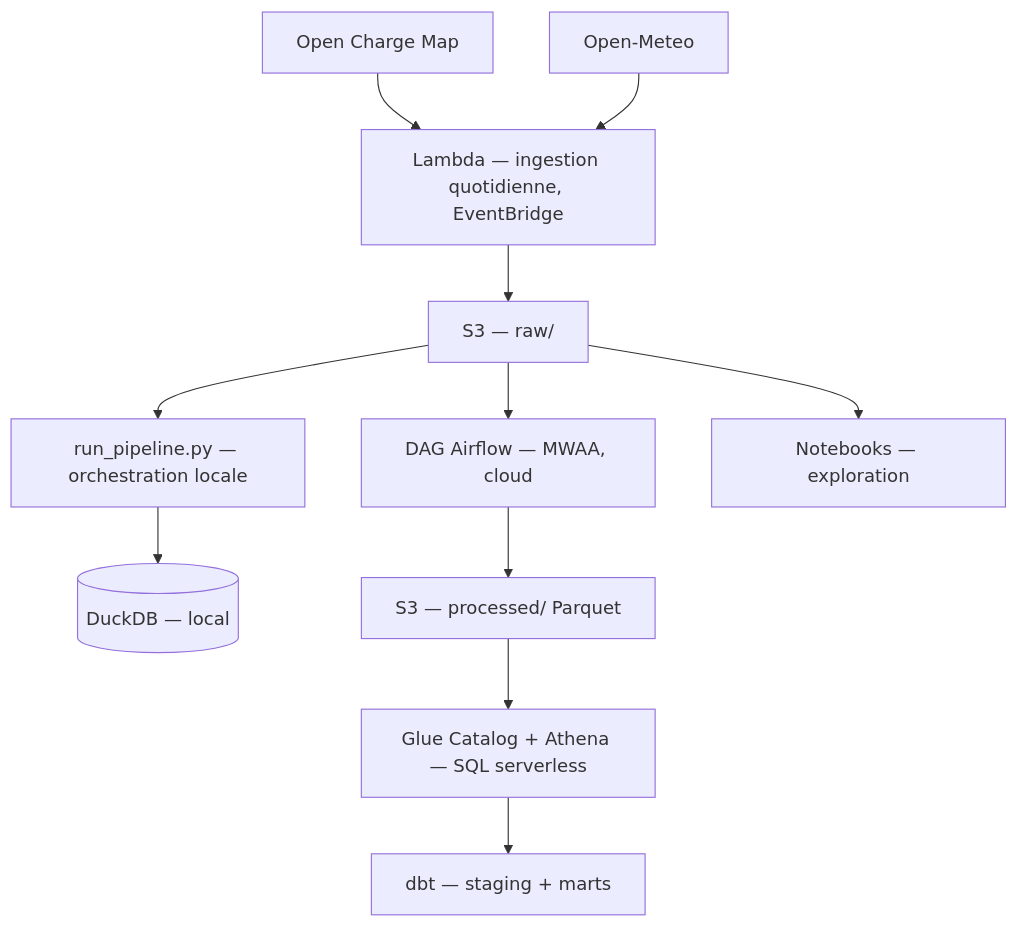
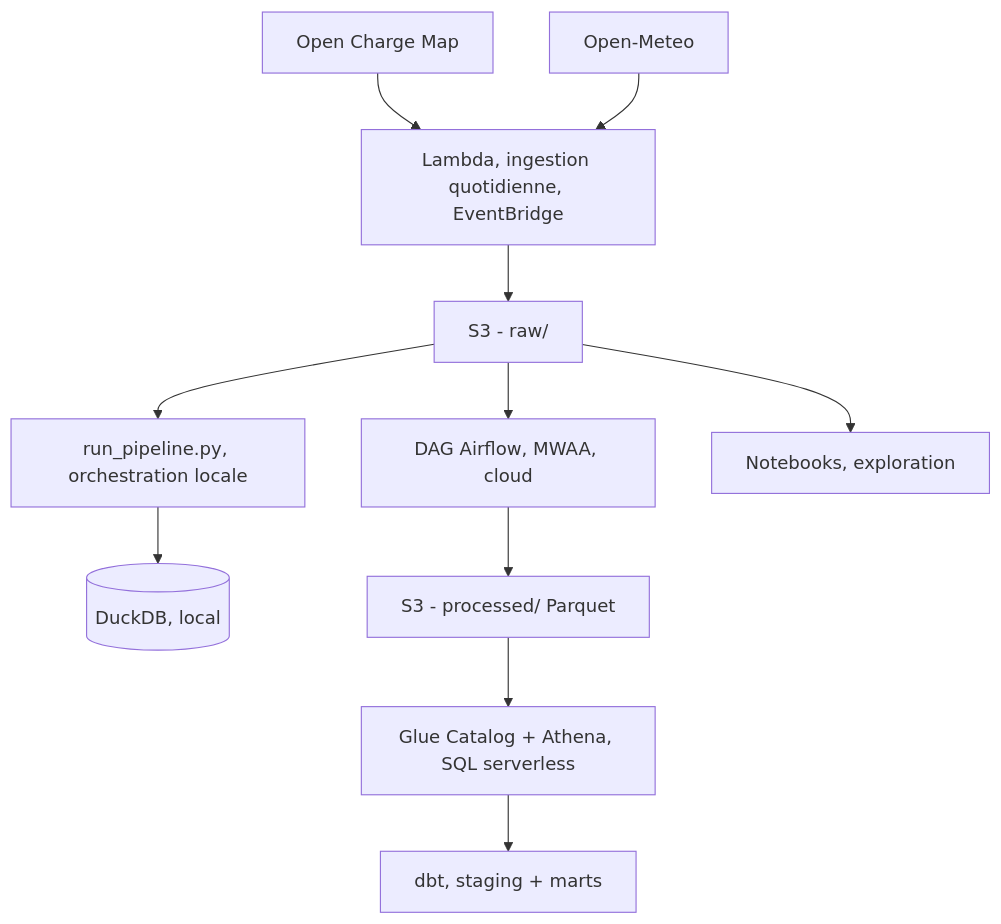
One commit to thcarole1/electric-mobility-platform changed the diagram in README.md. Above: the diagram before and after it, drawn with Mermaid. The commit also changed other lines of this file, not shown here.

````diff
--- a/README.md
+++ b/README.md
@@ -50,16 +83,16 @@
 ```mermaid
 flowchart TD
     OCM[Open Charge Map] --> LAMBDA
     METEO[Open-Meteo] --> LAMBDA
-    LAMBDA[Lambda — ingestion quotidienne, EventBridge] --> RAW[S3 — raw/]
+    LAMBDA[Lambda, ingestion quotidienne, EventBridge] --> RAW[S3 - raw/]
 
-    RAW --> RUNPIPE[run_pipeline.py — orchestration locale]
-    RAW --> DAG[DAG Airflow — MWAA, cloud]
-    RAW --> NB[Notebooks — exploration]
+    RAW --> RUNPIPE[run_pipeline.py, orchestration locale]
+    RAW --> DAG[DAG Airflow, MWAA, cloud]
+    RAW --> NB[Notebooks, exploration]
 
-    RUNPIPE --> DUCKDB[(DuckDB — local)]
-    DAG --> PROCESSED[S3 — processed/ Parquet]
+    RUNPIPE --> DUCKDB[(DuckDB, local)]
+    DAG --> PROCESSED[S3 - processed/ Parquet]
 
-    PROCESSED --> GLUE[Glue Catalog + Athena — SQL serverless]
-    GLUE --> DBT[dbt — staging + marts]
+    PROCESSED --> GLUE[Glue Catalog + Athena, SQL serverless]
+    GLUE --> DBT[dbt, staging + marts]
 ```
````
